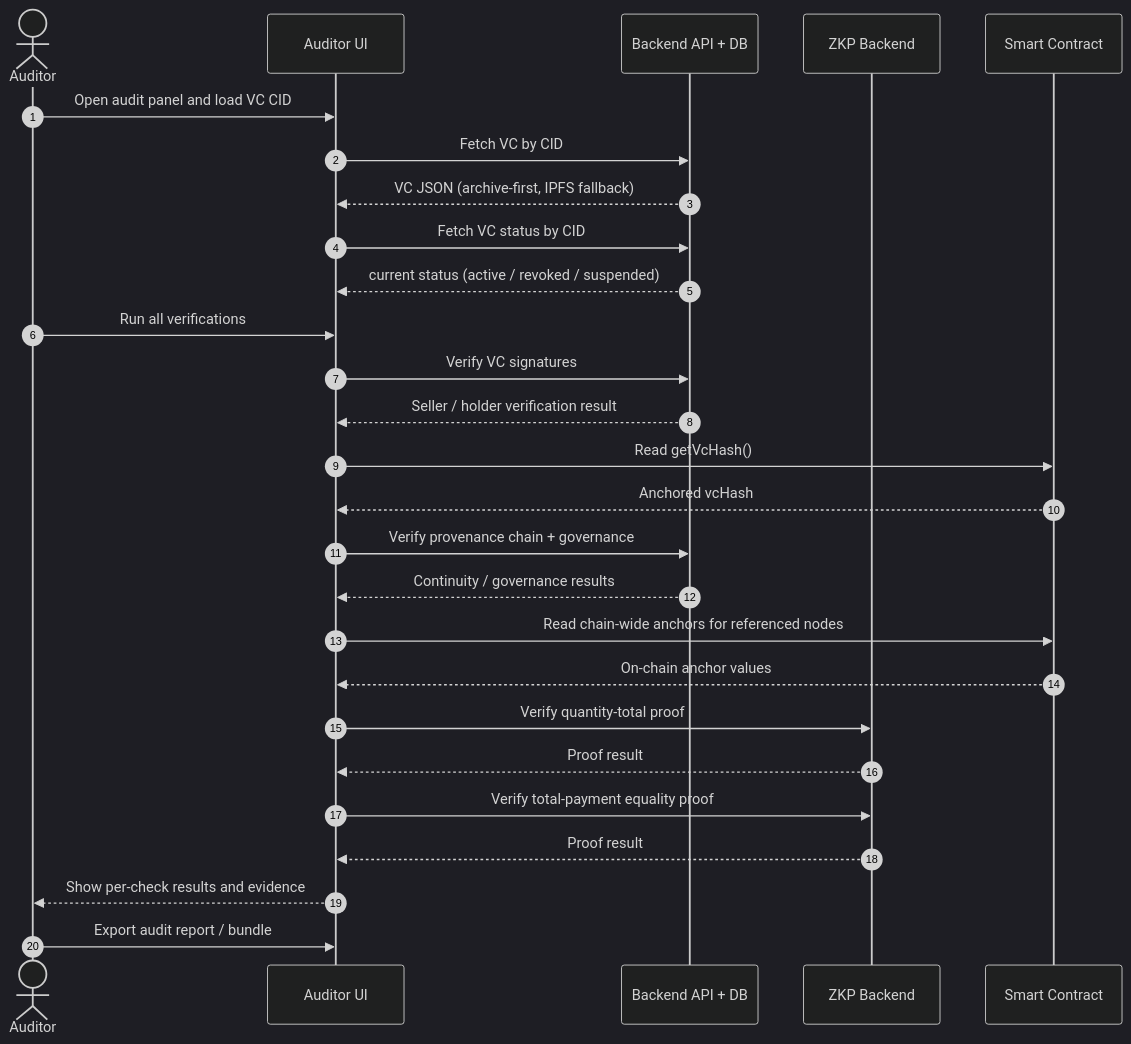
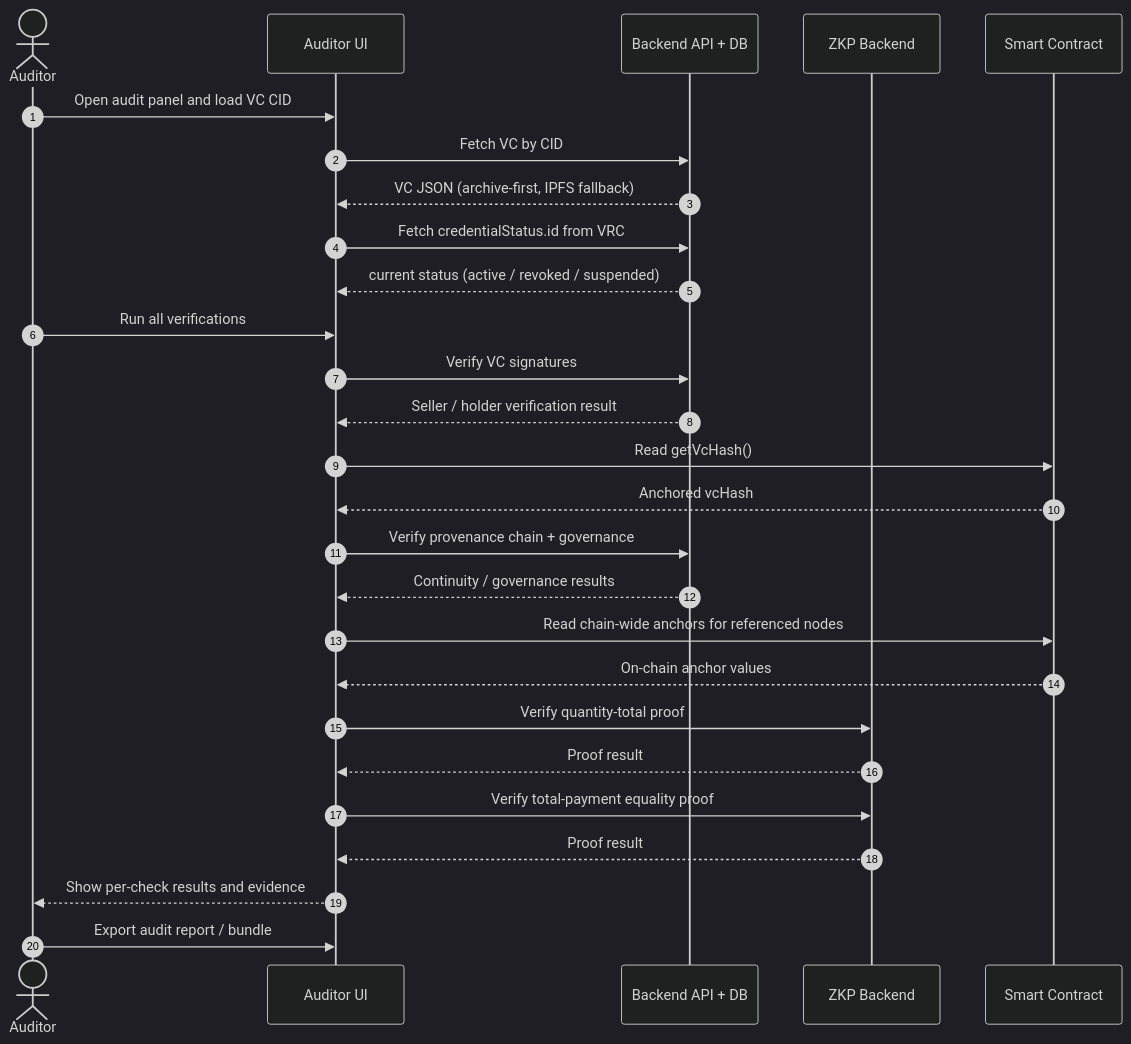
The diagram in docs/current/03-auditor-verification.md (Elmenn/ev-battery-supplychain), drawn with Mermaid (dark theme) before and after one commit. The commit also changed other lines of this file and 1 other file, not shown here.

Commit message:
Fix current-doc wording for VRC 5.0 flow

````diff
--- a/docs/current/03-auditor-verification.md
+++ b/docs/current/03-auditor-verification.md
@@ -6,32 +6,32 @@
 ```mermaid
 sequenceDiagram
     autonumber
     actor Auditor
     participant UI as Auditor UI
     participant API as Backend API + DB
     participant ZKP as ZKP Backend
     participant SC as Smart Contract
 
     Auditor->>UI: Open audit panel and load VC CID
     UI->>API: Fetch VC by CID
     API-->>UI: VC JSON (archive-first, IPFS fallback)
-    UI->>API: Fetch VC status by CID
+    UI->>API: Fetch credentialStatus.id from VRC
     API-->>UI: current status (active / revoked / suspended)
 
     Auditor->>UI: Run all verifications
     UI->>API: Verify VC signatures
     API-->>UI: Seller / holder verification result
     UI->>SC: Read getVcHash()
     SC-->>UI: Anchored vcHash
     UI->>API: Verify provenance chain + governance
     API-->>UI: Continuity / governance results
     UI->>SC: Read chain-wide anchors for referenced nodes
     SC-->>UI: On-chain anchor values
     UI->>ZKP: Verify quantity-total proof
     ZKP-->>UI: Proof result
     UI->>ZKP: Verify total-payment equality proof
     ZKP-->>UI: Proof result
 
     UI-->>Auditor: Show per-check results and evidence
     Auditor->>UI: Export audit report / bundle
 ```
````
